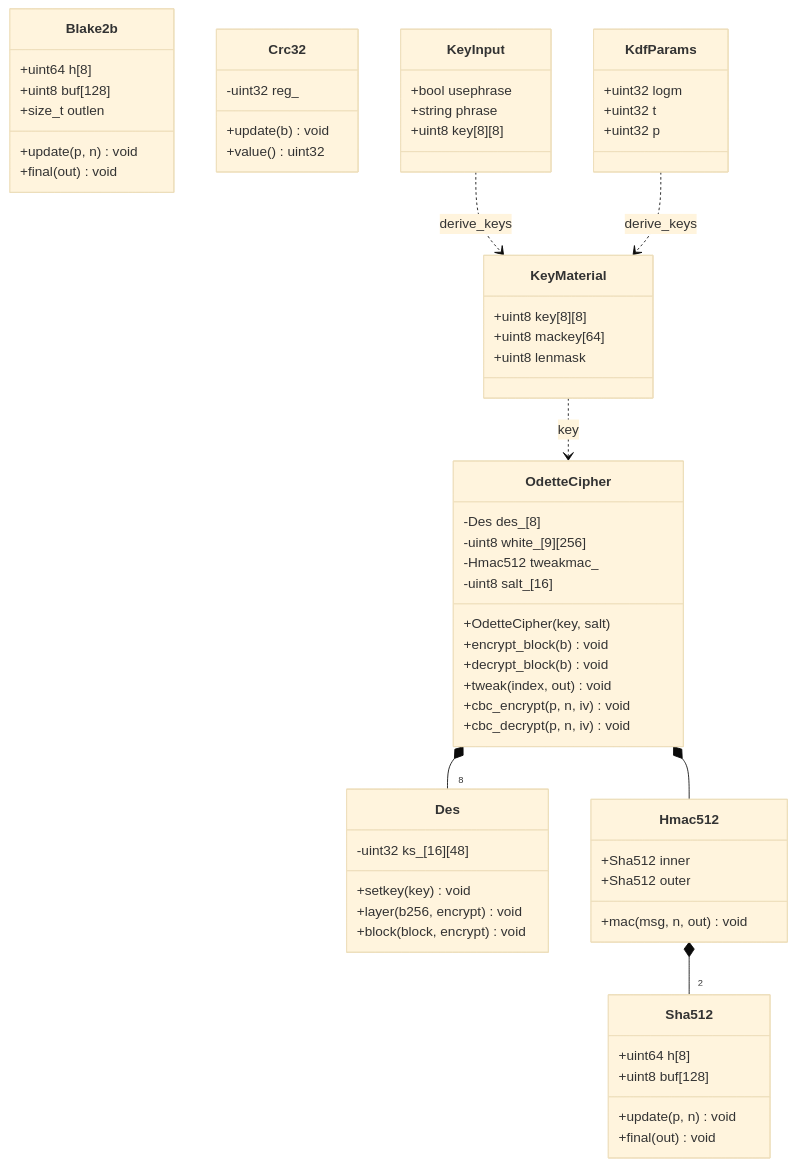
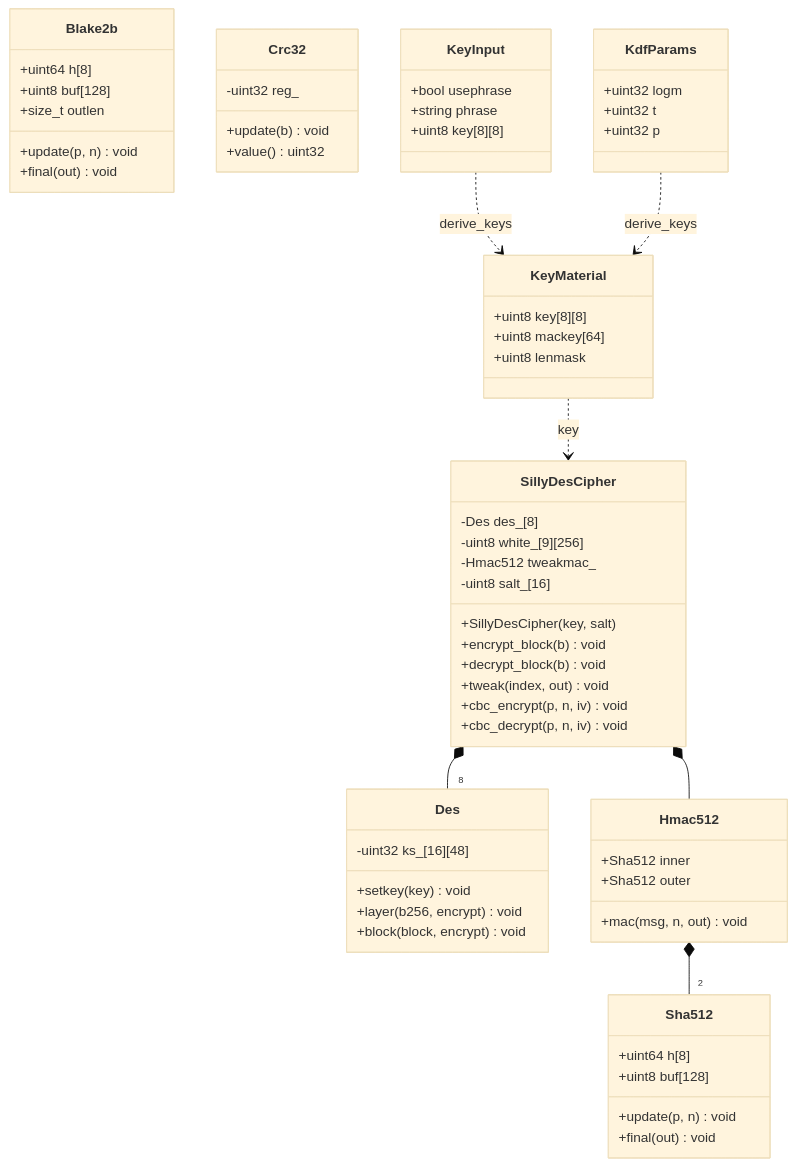
One commit to avw1ein/sillydes changed the second of 10 diagrams in STRUCTURE.md. Above: the diagram before and after it, drawn with Mermaid (base theme). The commit also changed other lines of this file and 17 other files, not shown here.

First line of the commit message:
Rename project from Odette to SillyDES

````diff
--- a/STRUCTURE.md
+++ b/STRUCTURE.md
@@ -79,66 +79,66 @@
 ```mermaid
 classDiagram
-    class OdetteCipher {
+    class SillyDesCipher {
         -Des des_[8]
         -uint8 white_[9][256]
         -Hmac512 tweakmac_
         -uint8 salt_[16]
-        +OdetteCipher(key, salt)
+        +SillyDesCipher(key, salt)
         +encrypt_block(b) void
         +decrypt_block(b) void
         +tweak(index, out) void
         +cbc_encrypt(p, n, iv) void
         +cbc_decrypt(p, n, iv) void
     }
     class Des {
         -uint32 ks_[16][48]
         +setkey(key) void
         +layer(b256, encrypt) void
         +block(block, encrypt) void
     }
     class Sha512 {
         +uint64 h[8]
         +uint8 buf[128]
         +update(p, n) void
         +final(out) void
     }
     class Hmac512 {
         +Sha512 inner
         +Sha512 outer
         +mac(msg, n, out) void
     }
     class Blake2b {
         +uint64 h[8]
         +uint8 buf[128]
         +size_t outlen
         +update(p, n) void
         +final(out) void
     }
     class Crc32 {
         -uint32 reg_
         +update(b) void
         +value() uint32
     }
     class KeyInput {
         +bool usephrase
         +string phrase
         +uint8 key[8][8]
     }
     class KeyMaterial {
         +uint8 key[8][8]
         +uint8 mackey[64]
         +uint8 lenmask
     }
     class KdfParams {
         +uint32 logm
         +uint32 t
         +uint32 p
     }
 
-    OdetteCipher *-- "8" Des
-    OdetteCipher *-- Hmac512
+    SillyDesCipher *-- "8" Des
+    SillyDesCipher *-- Hmac512
     Hmac512 *-- "2" Sha512
     KeyInput ..> KeyMaterial : derive_keys
     KdfParams ..> KeyMaterial : derive_keys
-    KeyMaterial ..> OdetteCipher : key
+    KeyMaterial ..> SillyDesCipher : key
 ```
````
